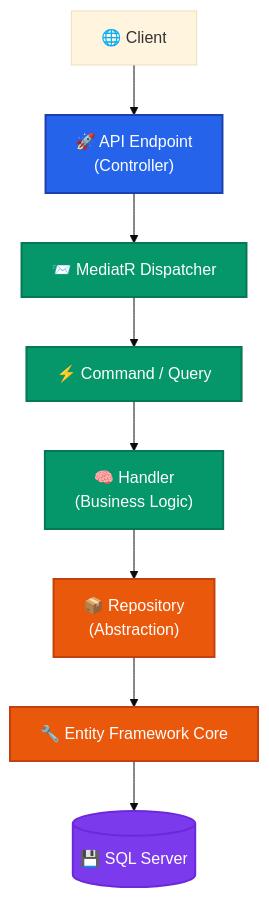
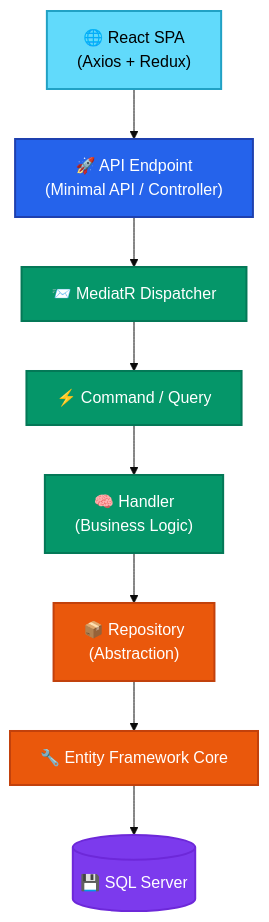
Before and after one commit to chintanchhapgar/ShopSphere: the second of 2 diagrams in README.md, drawn with Mermaid (base theme). The commit also changed other lines of this file, not shown here.

````diff
--- a/README.md
+++ b/README.md
@@ -177,29 +244,31 @@
 ```mermaid
 flowchart TD
-    A["🌐 Client"]
-    B["🚀 API Endpoint\n(Controller)"]
+    A["🌐 React SPA\n(Axios + Redux)"]
+    B["🚀 API Endpoint\n(Minimal API / Controller)"]
     C["📨 MediatR Dispatcher"]
     D["⚡ Command / Query"]
     E["🧠 Handler\n(Business Logic)"]
     F["📦 Repository\n(Abstraction)"]
     G["🔧 Entity Framework Core"]
     H[("💾 SQL Server")]
 
     A --> B
     B --> C
     C --> D
     D --> E
     E --> F
     F --> G
     G --> H
 
+    classDef frontend fill:#61DAFB,color:#000000,stroke:#21A1C4,stroke-width:2px
     classDef api fill:#2563EB,color:#ffffff,stroke:#1E40AF,stroke-width:2px
     classDef app fill:#059669,color:#ffffff,stroke:#047857,stroke-width:2px
     classDef infra fill:#EA580C,color:#ffffff,stroke:#C2410C,stroke-width:2px
     classDef db fill:#7C3AED,color:#ffffff,stroke:#6D28D9,stroke-width:2px
 
+    class A frontend
     class B api
     class C,D,E app
     class F,G infra
     class H db
 ```
````
